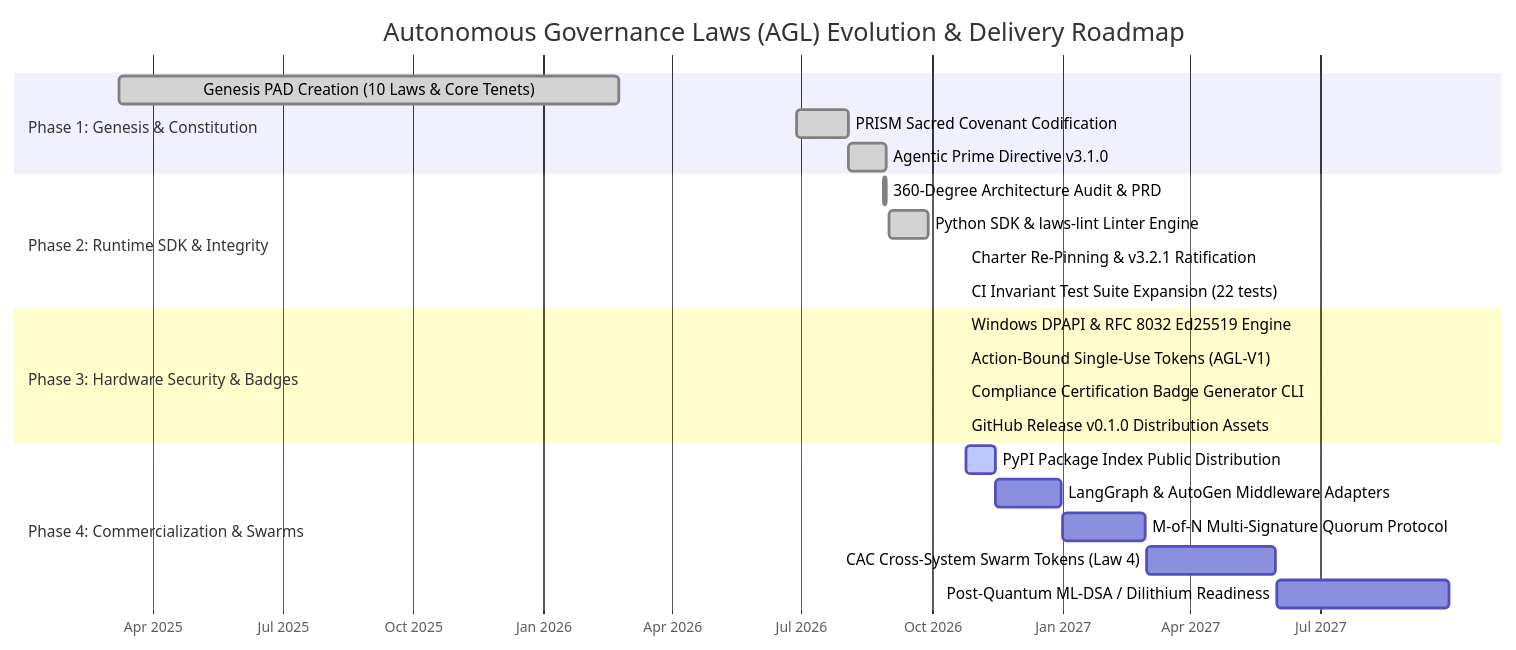
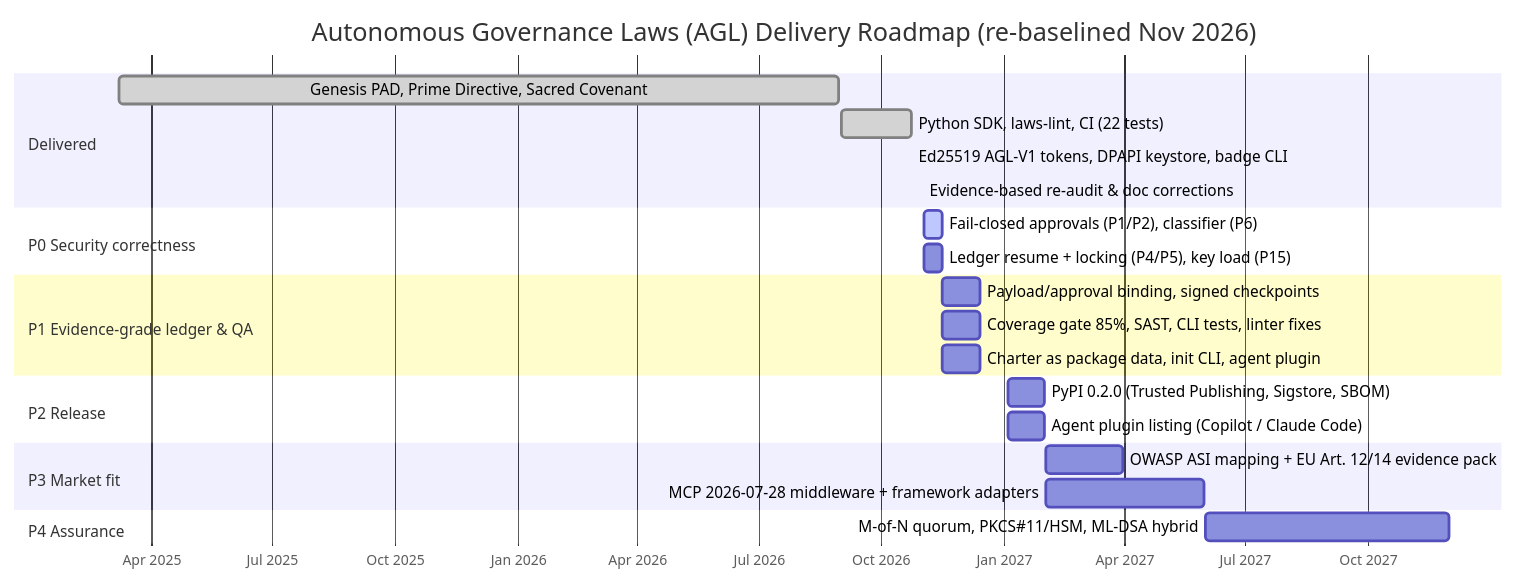
One commit to kirklasalle/AutonomousGovernanceLaws changed the diagram in EXECUTIVE_SUMMARY.md. Above: the diagram before and after it, drawn with Mermaid. The commit also changed other lines of this file and 15 other files, not shown here.

First line of the commit message:
docs(audit): world-class engineering audit, install-methods report, market v2

````diff
--- a/EXECUTIVE_SUMMARY.md
+++ b/EXECUTIVE_SUMMARY.md
@@ -111,30 +104,32 @@
 ```mermaid
 gantt
-    title Autonomous Governance Laws (AGL) Evolution & Delivery Roadmap
+    title Autonomous Governance Laws (AGL) Delivery Roadmap (re-baselined Nov 2026)
     dateFormat  YYYY-MM-DD
     axisFormat  %b %Y
 
-    section Phase 1: Genesis & Constitution
-    Genesis PAD Creation (10 Laws & Core Tenets) :done, p1, 2025-03-08, 2026-02-23
-    PRISM Sacred Covenant Codification          :done, p2, 2026-06-28, 2026-08-03
-    Agentic Prime Directive v3.1.0               :done, p3, 2026-08-03, 2026-08-30
+    section Delivered
+    Genesis PAD, Prime Directive, Sacred Covenant   :done, d1, 2025-03-08, 2026-08-30
+    Python SDK, laws-lint, CI (22 tests)             :done, d2, 2026-09-01, 2026-10-24
+    Ed25519 AGL-V1 tokens, DPAPI keystore, badge CLI :done, d3, 2026-10-24, 2026-10-24
+    Evidence-based re-audit & doc corrections        :done, d4, 2026-11-01, 2026-11-01
 
-    section Phase 2: Runtime SDK & Integrity
-    360-Degree Architecture Audit & PRD          :done, p4, 2026-08-28, 2026-08-30
-    Python SDK & laws-lint Linter Engine         :done, p5, 2026-09-01, 2026-09-28
-    Charter Re-Pinning & v3.2.1 Ratification     :done, p6, 2026-10-24, 2026-10-24
-    CI Invariant Test Suite Expansion (22 tests) :done, p7, 2026-10-24, 2026-10-24
+    section P0 Security correctness
+    Fail-closed approvals (P1/P2), classifier (P6)   :active, p0a, 2026-11-02, 2026-11-16
+    Ledger resume + locking (P4/P5), key load (P15)  :p0b, 2026-11-02, 2026-11-16
 
-    section Phase 3: Hardware Security & Badges
-    Windows DPAPI & RFC 8032 Ed25519 Engine      :done, p8, 2026-10-24, 2026-10-24
-    Action-Bound Single-Use Tokens (AGL-V1)      :done, p9, 2026-10-24, 2026-10-24
-    Compliance Certification Badge Generator CLI :done, p10, 2026-10-24, 2026-10-24
-    GitHub Release v0.1.0 Distribution Assets    :done, p11, 2026-10-24, 2026-10-24
+    section P1 Evidence-grade ledger & QA
+    Payload/approval binding, signed checkpoints     :p1a, 2026-11-16, 2026-12-14
+    Coverage gate 85%, SAST, CLI tests, linter fixes :p1b, 2026-11-16, 2026-12-14
+    Charter as package data, init CLI, agent plugin  :p1c, 2026-11-16, 2026-12-14
 
-    section Phase 4: Commercialization & Swarms
-    PyPI Package Index Public Distribution       :active, p12, 2026-10-25, 2026-11-15
-    LangGraph & AutoGen Middleware Adapters      :p13, 2026-11-15, 2026-12-31
-    M-of-N Multi-Signature Quorum Protocol       :p14, 2027-01-01, 2027-02-28
-    CAC Cross-System Swarm Tokens (Law 4)        :p15, 2027-03-01, 2027-05-31
-    Post-Quantum ML-DSA / Dilithium Readiness    :p16, 2027-06-01, 2027-09-30
+    section P2 Release
+    PyPI 0.2.0 (Trusted Publishing, Sigstore, SBOM)  :p2, 2027-01-04, 2027-01-31
+    Agent plugin listing (Copilot / Claude Code)     :p2b, 2027-01-04, 2027-01-31
+
+    section P3 Market fit
+    OWASP ASI mapping + EU Art. 12/14 evidence pack  :p3a, 2027-02-01, 2027-03-31
+    MCP 2026-07-28 middleware + framework adapters   :p3b, 2027-02-01, 2027-05-31
+
+    section P4 Assurance
+    M-of-N quorum, PKCS#11/HSM, ML-DSA hybrid        :p4, 2027-06-01, 2027-12-01
 ```
````
